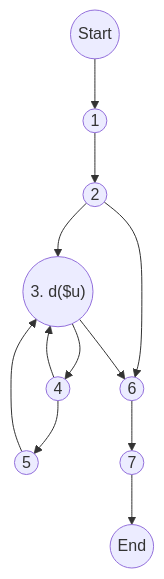
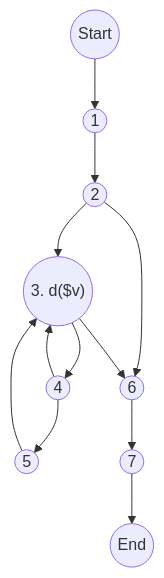
One commit to tienminhvy/ghnotes changed the fourth of 4 diagrams in _posts/2023-11-29-KTPM.md. Above: the diagram before and after it, drawn with Mermaid. The commit also changed other lines of this file, not shown here.

````diff
--- a/_posts/2023-11-29-KTPM.md
+++ b/_posts/2023-11-29-KTPM.md
@@ -158,18 +172,18 @@
 ```mermaid
 flowchart TD
 p0(("Start"))
 p1(("1"))
 p2(("2"))
-p3(("3. d($u)"))
+p3(("3. d($v)"))
 p4(("4"))
 p5(("5"))
 p6(("6"))
 p7(("7"))
 pe(("End"))
 p0-->p1-->p2-->p3-->p4-->p5
 p6-->p7-->pe
 p2-->p6
 p4-->p3
 p5-->p3
 p3-->p6
 ```
````
